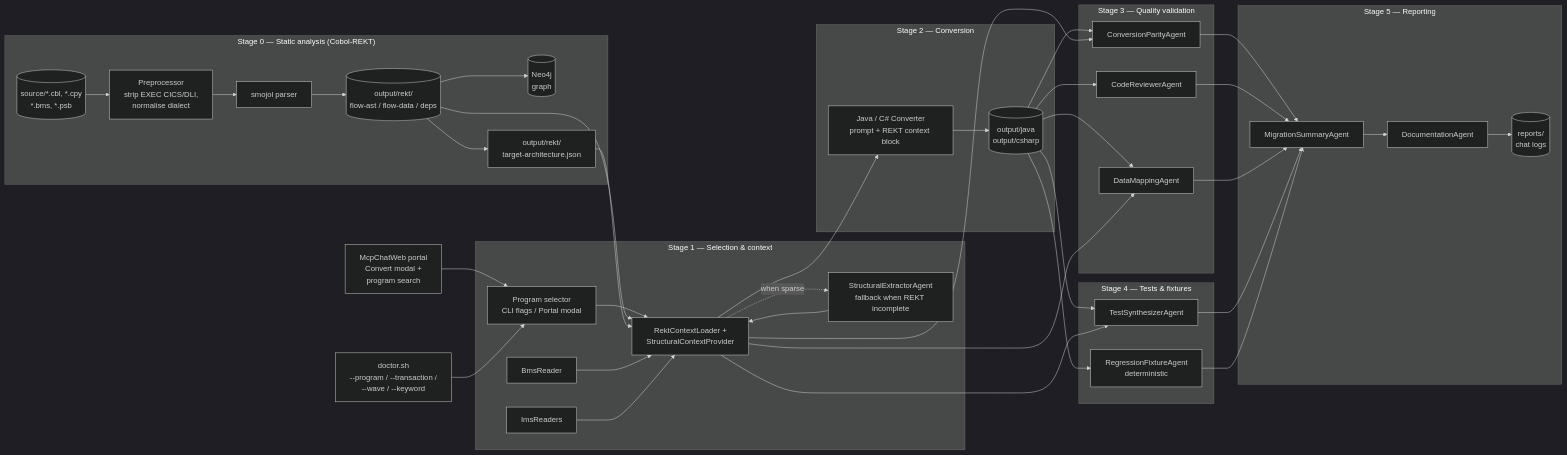
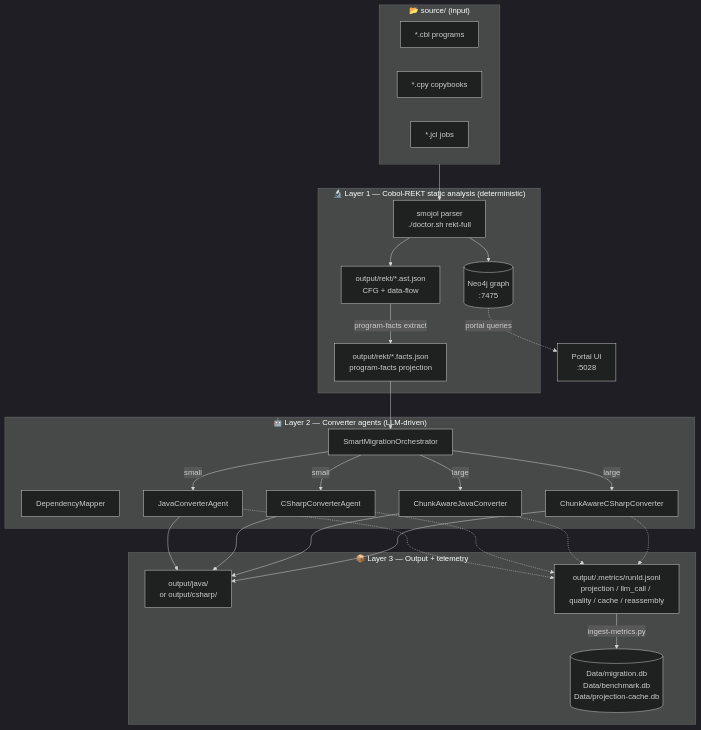
One commit to Azure-Samples/Legacy-Modernization-Agents changed the first of 3 diagrams in README.md. Above: the diagram before and after it, drawn with Mermaid (dark theme). The commit also changed other lines of this file and 1 other file, not shown here.

````diff
--- a/README.md
+++ b/README.md
@@ -938,67 +36,50 @@
 ```mermaid
-flowchart LR
-    subgraph Stage0["Stage 0 — Static analysis (Cobol-REKT)"]
-        SRC[("source/*.cbl, *.cpy<br/>*.bms, *.psb")]
-        SRC --> PREP[Preprocessor<br/>strip EXEC CICS/DLI,<br/>normalise dialect]
-        PREP --> SMOJOL[smojol parser]
-        SMOJOL --> RAW[("output/rekt/<br/>flow-ast / flow-data / deps")]
-        RAW --> NEO[(Neo4j<br/>graph)]
-        RAW --> TGT[output/rekt/<br/>target-architecture.json]
+flowchart TB
+    subgraph SRC ["📂 source/ (input)"]
+        CBL[*.cbl programs]
+        CPY[*.cpy copybooks]
+        JCL[*.jcl jobs]
     end
 
-    subgraph Stage1["Stage 1 — Selection &amp; context"]
-        SEL[Program selector<br/>CLI flags / Portal modal]
-        LOADER[RektContextLoader +<br/>StructuralContextProvider]
-        BMS[BmsReader]
-        IMS[ImsReaders]
-        STRUCT[StructuralExtractorAgent<br/>fallback when REKT incomplete]
-        SEL --> LOADER
-        RAW --> LOADER
-        TGT --> LOADER
-        BMS --> LOADER
-        IMS --> LOADER
-        LOADER -. when sparse .-> STRUCT
-        STRUCT --> LOADER
+    subgraph REKT ["🔬 Layer 1 — Cobol-REKT static analysis (deterministic)"]
+        PARSE[smojol parser<br/>./doctor.sh rekt-full]
+        AST[output/rekt/*.ast.json<br/>CFG + data-flow]
+        NEO[(Neo4j graph<br/>:7475)]
+        FACTS[output/rekt/*.facts.json<br/>program-facts projection]
+        PARSE --> AST
+        PARSE --> NEO
+        AST -->|program-facts extract| FACTS
     end
 
-    subgraph Stage2["Stage 2 — Conversion"]
-        CONV[Java / C# Converter<br/>prompt + REKT context block]
-        OUT[(output/java<br/>output/csharp)]
-        LOADER --> CONV
-        CONV --> OUT
+    subgraph AGENTS ["🤖 Layer 2 — Converter agents (LLM-driven)"]
+        DEP[DependencyMapper]
+        ROUTE[SmartMigrationOrchestrator]
+        JAVA[JavaConverterAgent]
+        CSHARP[CSharpConverterAgent]
+        CHUNK_J[ChunkAwareJavaConverter]
+        CHUNK_C[ChunkAwareCSharpConverter]
+        ROUTE -->|small| JAVA
+        ROUTE -->|small| CSHARP
+        ROUTE -->|large| CHUNK_J
+        ROUTE -->|large| CHUNK_C
     end
 
-    subgraph Stage3["Stage 3 — Quality validation"]
-        PAR[ConversionParityAgent]
-        REV[CodeReviewerAgent]
-        DMAP[DataMappingAgent]
-        OUT --> PAR
-        OUT --> REV
-        OUT --> DMAP
-        LOADER --> PAR
-        LOADER --> DMAP
+    subgraph OUT ["📦 Layer 3 — Output + telemetry"]
+        CODE[output/java/<br/>or output/csharp/]
+        METRICS[output/.metrics/runId.jsonl<br/>projection / llm_call / quality / cache / reassembly]
+        DB[(Data/migration.db<br/>Data/benchmark.db<br/>Data/projection-cache.db)]
     end
 
-    subgraph Stage4["Stage 4 — Tests &amp; fixtures"]
-        TST[TestSynthesizerAgent]
-        FIX[RegressionFixtureAgent<br/>deterministic]
-        OUT --> TST
-        OUT --> FIX
-        LOADER --> TST
-    end
-
-    subgraph Stage5["Stage 5 — Reporting"]
-        SUM[MigrationSummaryAgent]
-        DOC[DocumentationAgent]
-        PAR --> SUM
-        REV --> SUM
-        DMAP --> SUM
-        TST --> SUM
-        FIX --> SUM
-        SUM --> DOC
-        DOC --> REPORT[(reports/<br/>chat logs)]
-    end
-
-    PORTAL[McpChatWeb portal<br/>Convert modal +<br/>program search] --> SEL
-    DOCSH[doctor.sh<br/>--program / --transaction /<br/>--wave / --keyword] --> SEL
+    SRC --> PARSE
+    FACTS --> ROUTE
+    NEO -.->|portal queries| PORTAL[Portal UI<br/>:5028]
+    JAVA --> CODE
+    CSHARP --> CODE
+    CHUNK_J --> CODE
+    CHUNK_C --> CODE
+    JAVA -.-> METRICS
+    CSHARP -.-> METRICS
+    CHUNK_J -.-> METRICS
+    CHUNK_C -.-> METRICS
+    METRICS -->|ingest-metrics.py| DB
 ```
````
